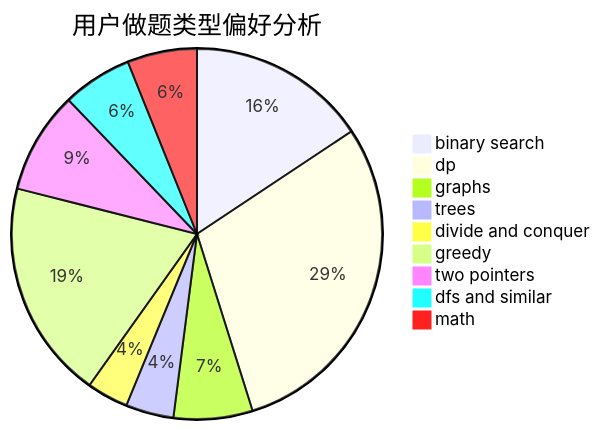
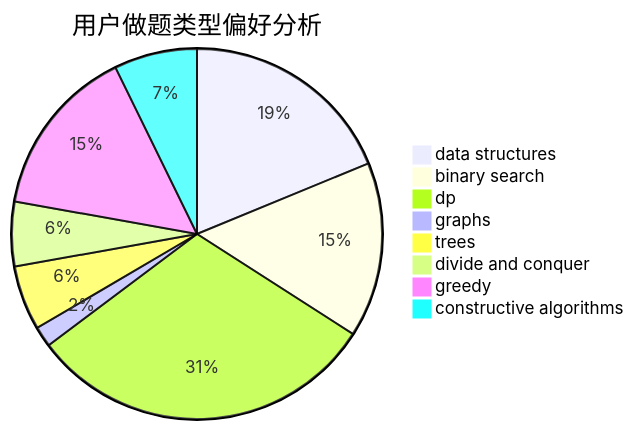
One commit to sherpahu/cfrs.github.io changed the second of 3 diagrams in docs/user/u886.md. Above: the diagram before and after it, drawn with Mermaid. The commit also changed other lines of this file and 2775 other files, not shown here.

````diff
--- a/docs/user/u886.md
+++ b/docs/user/u886.md
@@ -23,12 +23,11 @@
 ```mermaid
 pie title 用户做题类型偏好分析
-    "binary search" :  273
-    "dp" :  514
-    "graphs" :  120
-    "trees" :  73
+    "data structures" :  210
+    "binary search" :  171
+    "dp" :  343
+    "graphs" :  20
+    "trees" :  63
     "divide and conquer" :  63
-    "greedy" :  333
-    "two pointers" :  155
-    "dfs and similar" :  106
-    "math" :  106
+    "greedy" :  167
+    "constructive algorithms" :  81
 ```
````
